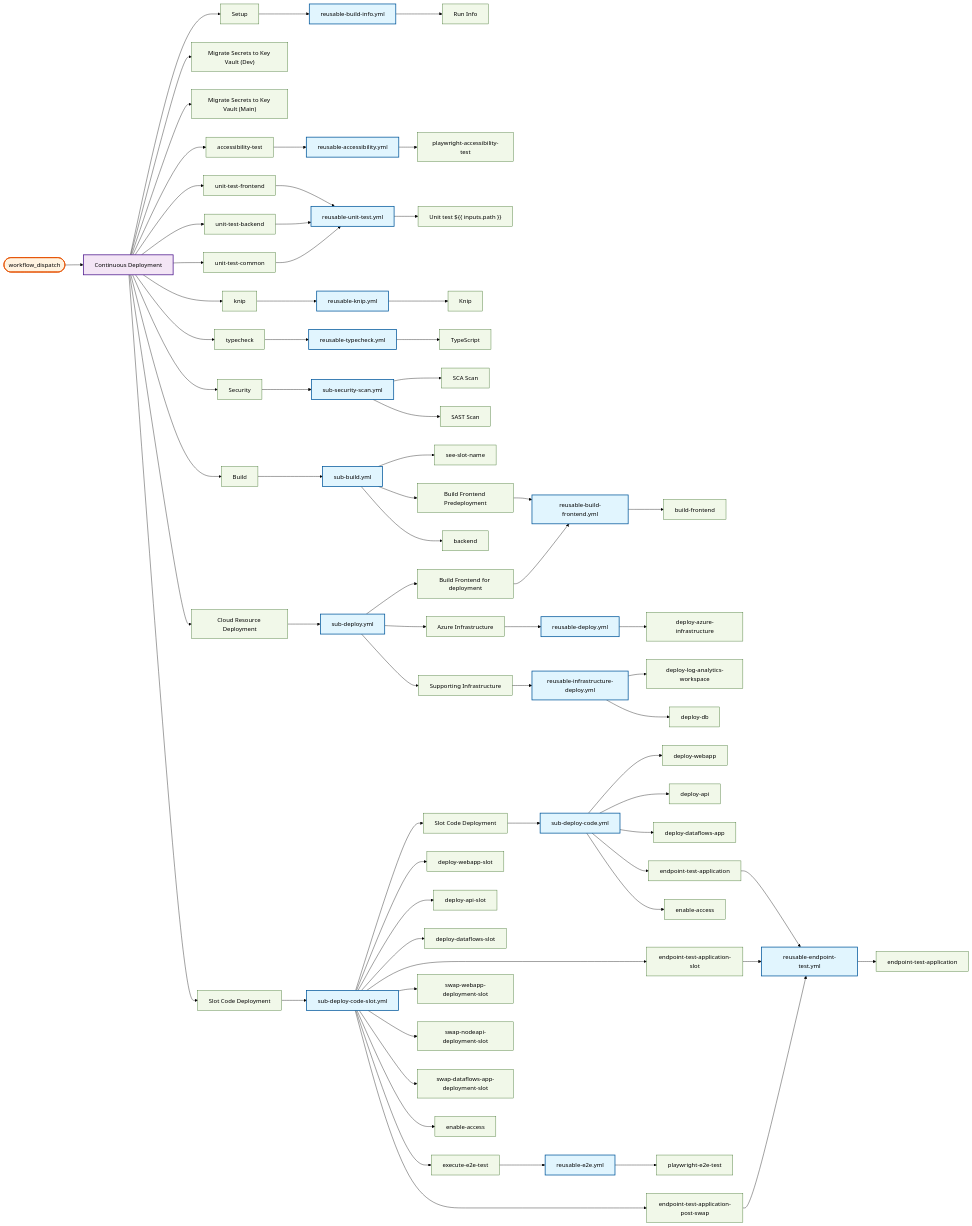
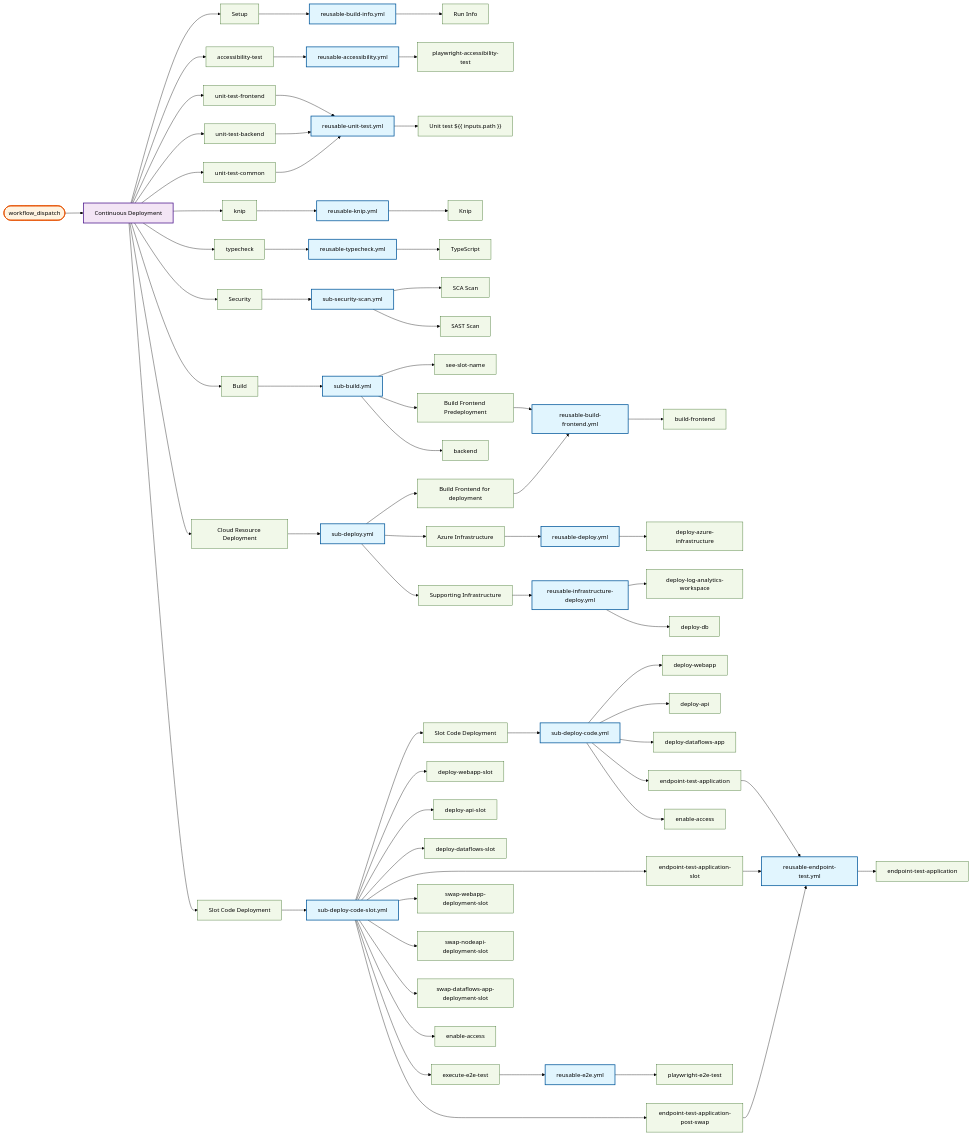
Diagram 13 of 25 in docs/operations/workflow-diagram.md (US-Trustee-Program/Bankruptcy-Oversight-Support-Systems), drawn with Mermaid (forest theme) before and after one commit. The commit also changed other lines of this file and 14 other files, not shown here.

```diff
--- a/docs/operations/workflow-diagram.md
+++ b/docs/operations/workflow-diagram.md
@@ -681,8 +671,6 @@
     continuous_deployment_yml_setup["Setup"]
     reusable_build_info_yml["reusable-build-info.yml"]
     reusable_build_info_yml_build_info["Run Info"]
-    continuous_deployment_yml_migrate_secrets_to_keyvault_dev["Migrate Secrets to Key Vault (Dev)"]
-    continuous_deployment_yml_migrate_secrets_to_keyvault_main["Migrate Secrets to Key Vault (Main)"]
     continuous_deployment_yml_accessibility_test["accessibility-test"]
     reusable_accessibility_yml["reusable-accessibility.yml"]
     reusable_accessibility_yml_playwright_accessibility_test["playwright-accessibility-test"]
@@ -746,8 +734,6 @@
     continuous_deployment_yml --> continuous_deployment_yml_setup
     reusable_build_info_yml --> reusable_build_info_yml_build_info
     continuous_deployment_yml_setup --> reusable_build_info_yml
-    continuous_deployment_yml --> continuous_deployment_yml_migrate_secrets_to_keyvault_dev
-    continuous_deployment_yml --> continuous_deployment_yml_migrate_secrets_to_keyvault_main
     continuous_deployment_yml --> continuous_deployment_yml_accessibility_test
     reusable_accessibility_yml --> reusable_accessibility_yml_playwright_accessibility_test
     continuous_deployment_yml_accessibility_test --> reusable_accessibility_yml
@@ -822,8 +808,6 @@
     class continuous_deployment_yml_setup job
     class reusable_build_info_yml reusable
     class reusable_build_info_yml_build_info job
-    class continuous_deployment_yml_migrate_secrets_to_keyvault_dev job
-    class continuous_deployment_yml_migrate_secrets_to_keyvault_main job
     class continuous_deployment_yml_accessibility_test job
     class reusable_accessibility_yml reusable
     class reusable_accessibility_yml_playwright_accessibility_test job
```
